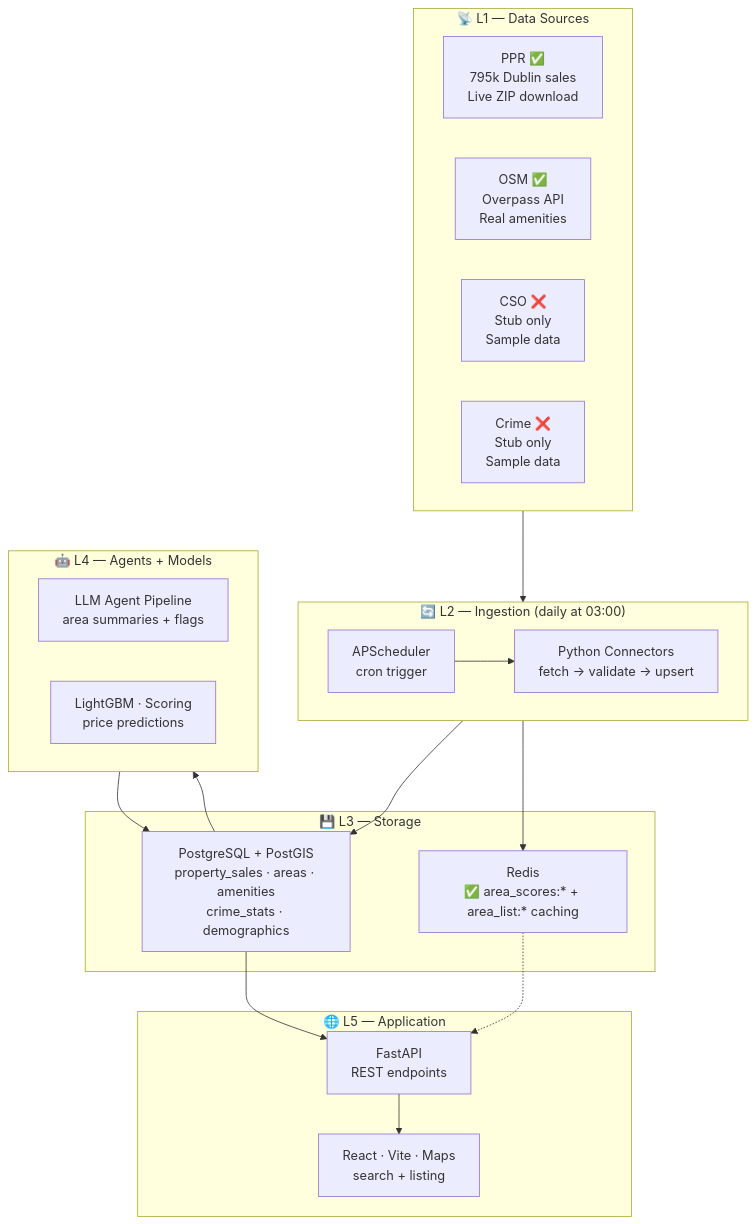
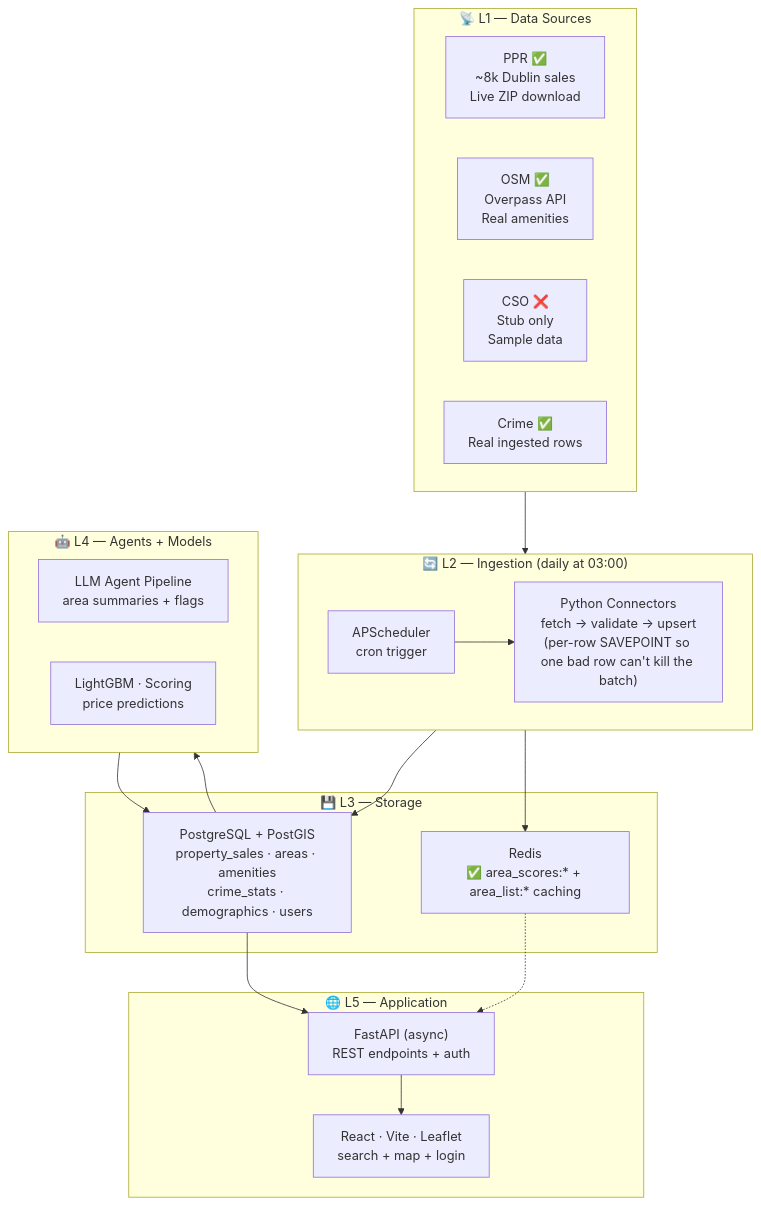
Before and after one commit to InfoSage05/Terra-Pulse: the first of 2 diagrams in README.md, drawn with Mermaid. The commit also changed other lines of this file, not shown here.

````diff
--- a/README.md
+++ b/README.md
@@ -10,40 +26,40 @@
 ```mermaid
 flowchart TD
     subgraph L1["📡 L1 — Data Sources"]
         direction LR
-        PPR["PPR ✅<br/>795k Dublin sales<br/>Live ZIP download"]
+        PPR["PPR ✅<br/>~8k Dublin sales<br/>Live ZIP download"]
         OSM["OSM ✅<br/>Overpass API<br/>Real amenities"]
         CSO["CSO ❌<br/>Stub only<br/>Sample data"]
-        CRIME["Crime ❌<br/>Stub only<br/>Sample data"]
+        CRIME["Crime ✅<br/>Real ingested rows"]
     end
 
     subgraph L2["🔄 L2 — Ingestion (daily at 03:00)"]
-        CONN["Python Connectors<br/>fetch → validate → upsert"]
+        CONN["Python Connectors<br/>fetch → validate → upsert<br/>(per-row SAVEPOINT so one bad row can't kill the batch)"]
         SCHED["APScheduler<br/>cron trigger"]
         SCHED --> CONN
     end
 
     subgraph L3["💾 L3 — Storage"]
-        PG["PostgreSQL + PostGIS<br/>property_sales · areas · amenities<br/>crime_stats · demographics"]
+        PG["PostgreSQL + PostGIS<br/>property_sales · areas · amenities<br/>crime_stats · demographics · users"]
         REDIS["Redis<br/>✅ area_scores:* + area_list:* caching"]
     end
 
     subgraph L4["🤖 L4 — Agents + Models"]
         AG["LLM Agent Pipeline<br/>area summaries + flags"]
         ML["LightGBM · Scoring<br/>price predictions"]
     end
 
     subgraph L5["🌐 L5 — Application"]
-        API["FastAPI<br/>REST endpoints"]
-        UI["React · Vite · Maps<br/>search + listing"]
+        API["FastAPI (async)<br/>REST endpoints + auth"]
+        UI["React · Vite · Leaflet<br/>search + map + login"]
     end
 
     L1 --> L2
     L2 --> PG
     L2 --> REDIS
     PG --> L4
     L4 --> PG
     PG --> API
     REDIS -.-> API
     API --> UI
 ```
````
